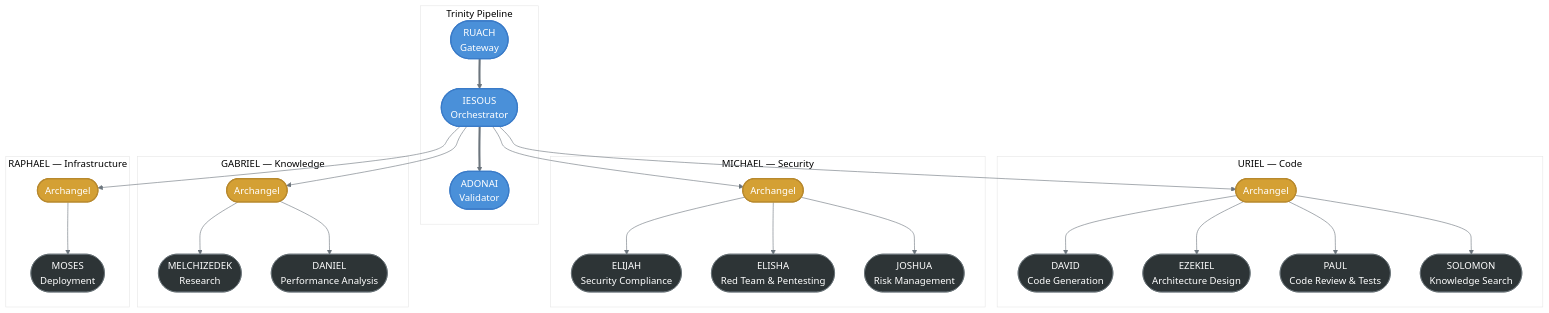
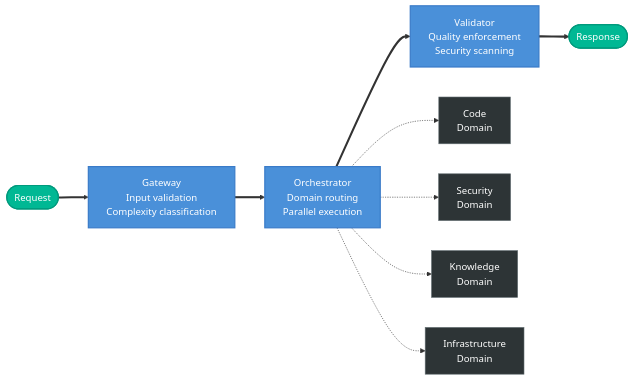
Before and after one commit to theLightArchitect/CORSO: the first of 2 diagrams in README.md, drawn with Mermaid. The commit also changed other lines of this file, not shown here.

Commit message:
Encapsulate architecture — remove internal component names

````diff
--- a/README.md
+++ b/README.md
@@ -60,50 +46,20 @@
 ```mermaid
-%%{init: {'theme': 'base', 'themeVariables': {'primaryColor': '#ffffff', 'lineColor': '#6c757d'}}}%%
-graph TD
-    subgraph TRINITY ["Trinity Pipeline"]
-        R(["RUACH<br/>Gateway"])
-        I(["IESOUS<br/>Orchestrator"])
-        A(["ADONAI<br/>Validator"])
-        R ==> I ==> A
-    end
+flowchart LR
+    REQ([Request]) ==> GW["Gateway<br/>Input validation<br/>Complexity classification"]
+    GW ==> OR["Orchestrator<br/>Domain routing<br/>Parallel execution"]
+    OR ==> VL["Validator<br/>Quality enforcement<br/>Security scanning"]
+    VL ==> RES([Response])
 
-    I --> U & M & G & RA
+    OR -.-> D1["Code<br/>Domain"]
+    OR -.-> D2["Security<br/>Domain"]
+    OR -.-> D3["Knowledge<br/>Domain"]
+    OR -.-> D4["Infrastructure<br/>Domain"]
 
-    subgraph URIEL ["URIEL — Code"]
-        U(["Archangel"])
-        D(["DAVID<br/>Code Generation"])
-        EZ(["EZEKIEL<br/>Architecture Design"])
-        PA(["PAUL<br/>Code Review & Tests"])
-        SO(["SOLOMON<br/>Knowledge Search"])
-        U --> D & EZ & PA & SO
-    end
+    classDef pipeline fill:#4a90d9,color:#fff,stroke:#3a7bc8,stroke-width:2px
+    classDef domain fill:#2d3436,color:#fff,stroke:#636e72,stroke-width:1px
+    classDef io fill:#00b894,color:#fff,stroke:#009a7d,stroke-width:2px
 
-    subgraph MICHAEL ["MICHAEL — Security"]
-        M(["Archangel"])
-        EL(["ELIJAH<br/>Security Compliance"])
-        ELI(["ELISHA<br/>Red Team & Pentesting"])
-        JO(["JOSHUA<br/>Risk Management"])
-        M --> EL & ELI & JO
-    end
-
-    subgraph GABRIEL ["GABRIEL — Knowledge"]
-        G(["Archangel"])
-        ME(["MELCHIZEDEK<br/>Research"])
-        DA(["DANIEL<br/>Performance Analysis"])
-        G --> ME & DA
-    end
-
-    subgraph RAPHAEL ["RAPHAEL — Infrastructure"]
-        RA(["Archangel"])
-        MO(["MOSES<br/>Deployment"])
-        RA --> MO
-    end
-
-    classDef trinity fill:#4a90d9,color:#fff,stroke:#3a7bc8,stroke-width:2px
-    classDef archangel fill:#d4a034,color:#fff,stroke:#b8892d,stroke-width:2px
-    classDef hero fill:#2d3436,color:#fff,stroke:#636e72,stroke-width:1px
-
-    class R,I,A trinity
-    class U,M,G,RA archangel
-    class D,EZ,PA,SO,EL,ELI,JO,ME,DA,MO hero
+    class GW,OR,VL pipeline
+    class D1,D2,D3,D4 domain
+    class REQ,RES io
 ```
````
